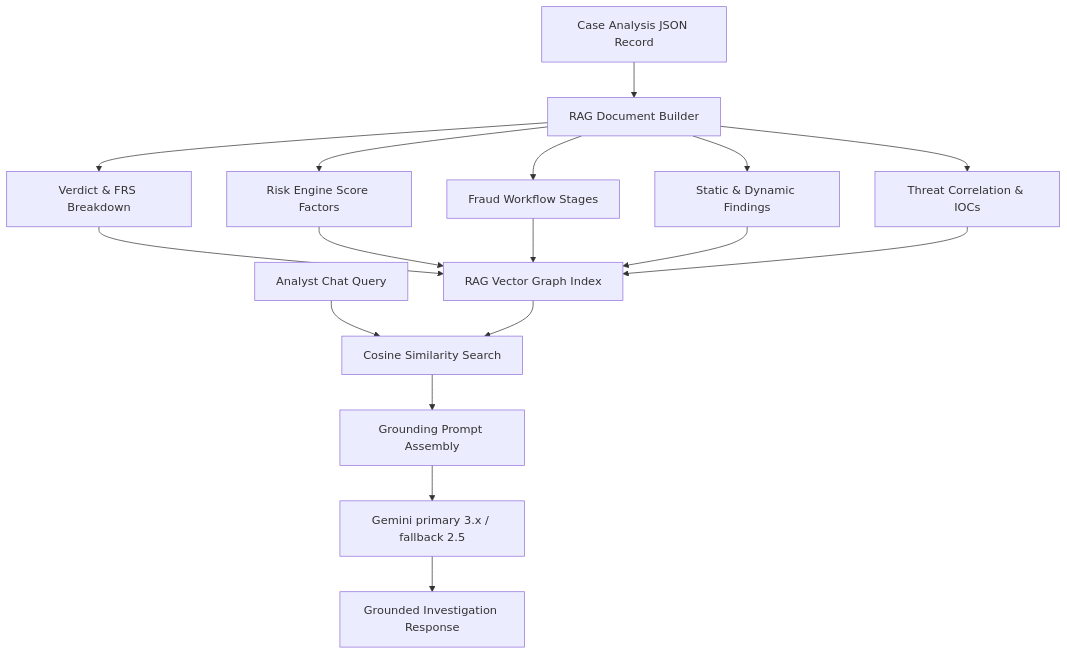
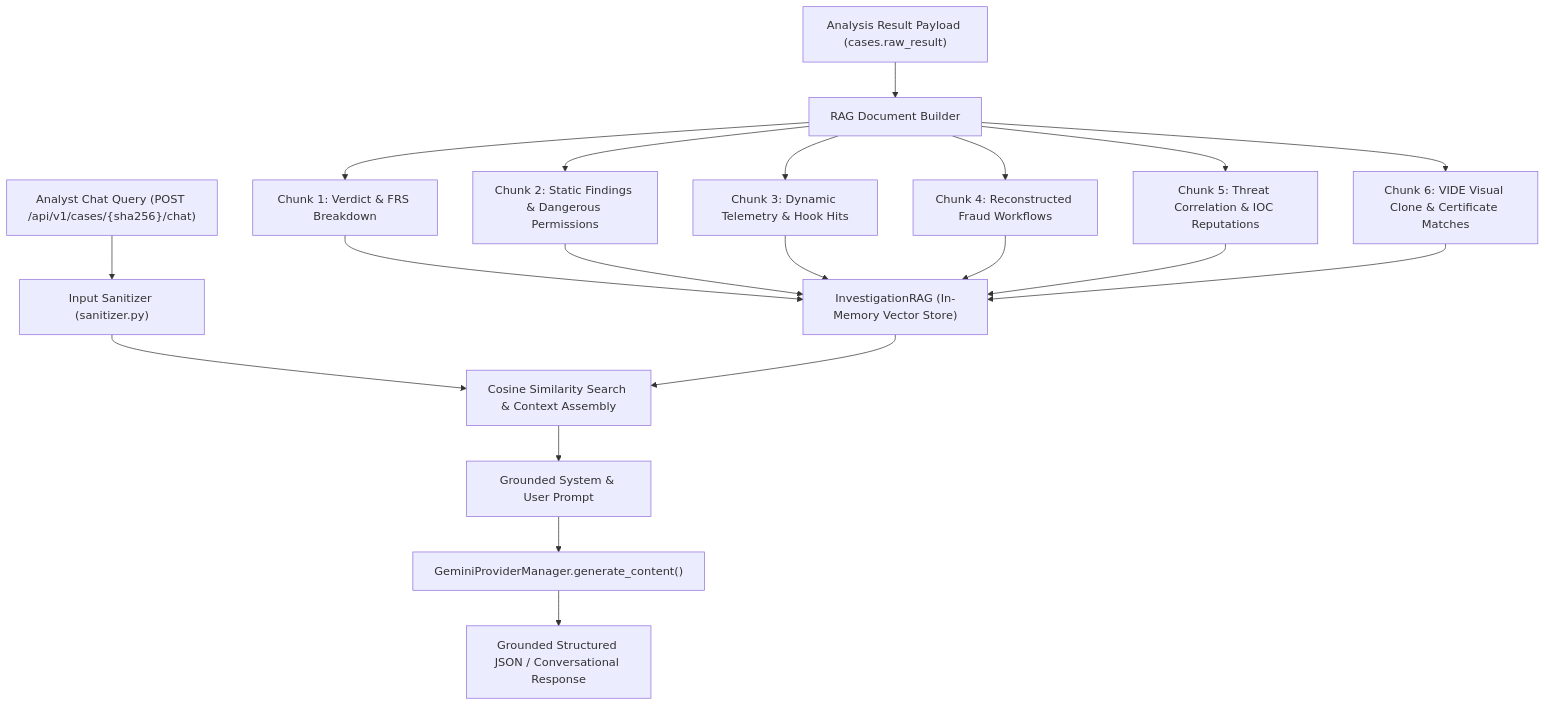
One commit to SanTiwari07/Sudarshan changed the first of 2 diagrams in docs/architecture/05_AI_INVESTIGATION_ENGINE.md. Above: the diagram before and after it, drawn with Mermaid. The commit also changed other lines of this file and 17 other files, not shown here.

Commit message:
initialize and synchronize comprehensive architectural and platform documentation suite

````diff
--- a/docs/architecture/05_AI_INVESTIGATION_ENGINE.md
+++ b/docs/architecture/05_AI_INVESTIGATION_ENGINE.md
@@ -32,22 +35,20 @@
 ```mermaid
 graph TD
-    CASE[Case Analysis JSON Record] --> PARSE[RAG Document Builder]
+    CASE["Analysis Result Payload (cases.raw_result)"] --> BUILDER["RAG Document Builder"]
 
-    PARSE --> V1[Verdict & FRS Breakdown]
-    PARSE --> V2[Risk Engine Score Factors]
-    PARSE --> V3[Fraud Workflow Stages]
-    PARSE --> V4[Static & Dynamic Findings]
-    PARSE --> V5[Threat Correlation & IOCs]
+    BUILDER --> C1["Chunk 1: Verdict & FRS Breakdown"]
+    BUILDER --> C2["Chunk 2: Static Findings & Dangerous Permissions"]
+    BUILDER --> C3["Chunk 3: Dynamic Telemetry & Hook Hits"]
+    BUILDER --> C4["Chunk 4: Reconstructed Fraud Workflows"]
+    BUILDER --> C5["Chunk 5: Threat Correlation & IOC Reputations"]
+    BUILDER --> C6["Chunk 6: VIDE Visual Clone & Certificate Matches"]
 
-    V1 --> RAG[RAG Vector Graph Index]
-    V2 --> RAG
-    V3 --> RAG
-    V4 --> RAG
-    V5 --> RAG
+    C1 & C2 & C3 & C4 & C5 & C6 --> INDEX["InvestigationRAG (In-Memory Vector Store)"]
 
-    QUERY[Analyst Chat Query] --> SEARCH[Cosine Similarity Search]
-    RAG --> SEARCH
-    SEARCH --> PROMPT[Grounding Prompt Assembly]
-    PROMPT --> LLM[Gemini primary 3.x / fallback 2.5]
-    LLM --> RESP[Grounded Investigation Response]
+    USER_Q["Analyst Chat Query (POST /api/v1/cases/{sha256}/chat)"] --> SANITIZE["Input Sanitizer (sanitizer.py)"]
+    SANITIZE --> COSINE["Cosine Similarity Search & Context Assembly"]
+    INDEX --> COSINE
+    COSINE --> PROMPT["Grounded System & User Prompt"]
+    PROMPT --> GEMINI["GeminiProviderManager.generate_content()"]
+    GEMINI --> RESP["Grounded Structured JSON / Conversational Response"]
 ```
````
